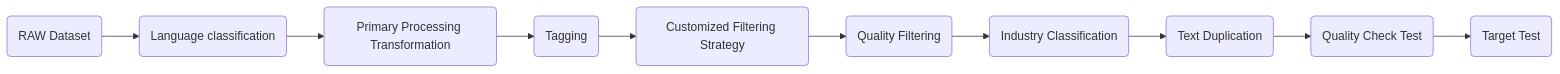
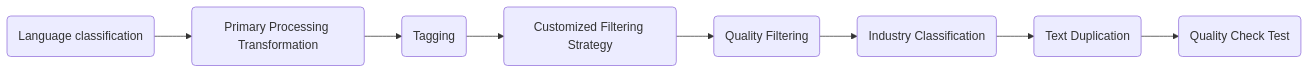
Before and after one commit to ChrisZhu2050/chriszhu2050.github.io: the diagram in docs/llm-essential-training-data.md, drawn with Mermaid.

````diff
--- a/docs/llm-essential-training-data.md
+++ b/docs/llm-essential-training-data.md
@@ -33,5 +33,5 @@
       ```mermaid
          graph LR
-            A("`RAW Dataset`") --> B("`Language classification  `") --> C("`Primary Processing Transformation`") --> D("`Tagging`")  --> E("`Customized Filtering Strategy`") --> F("`Quality Filtering `")--> G("`Industry Classification `") --> H("`Text Duplication`")--> I("`Quality Check Test`")--> J("`Target Test`") 
+            B("`Language classification  `") --> C("`Primary Processing Transformation`") --> D("`Tagging`")  --> E("`Customized Filtering Strategy`") --> F("`Quality Filtering `")--> G("`Industry Classification `") --> H("`Text Duplication`")--> I("`Quality Check Test`")
             click A "#Forward-Transformer"
       ```
````
